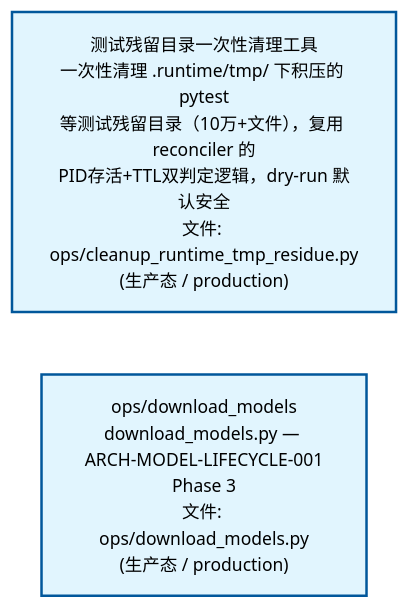
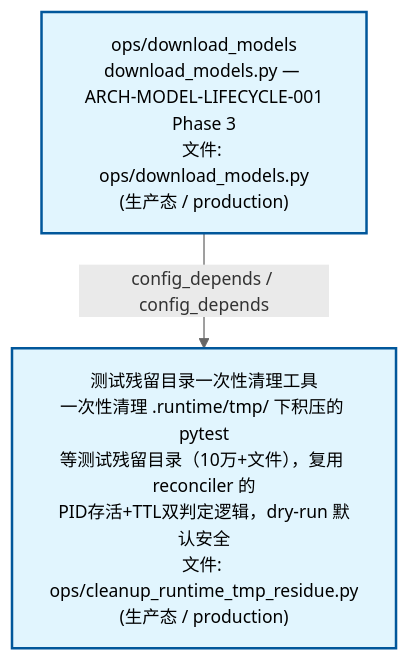
One commit to xuanFelixVan/ZephyrAlpha changed the second of 3 diagrams in docs/02_enterprise_architecture/02_domain_architecture_docs/04_d_infra_ops.md. Above: the diagram before and after it, drawn with Mermaid. The commit also changed other lines of this file and 55 other files, not shown here.

````diff
--- a/docs/02_enterprise_architecture/02_domain_architecture_docs/04_d_infra_ops.md
+++ b/docs/02_enterprise_architecture/02_domain_architecture_docs/04_d_infra_ops.md
@@ -75,12 +73,12 @@
 ```mermaid
 %%{init: {'theme': 'base', 'themeVariables': {'primaryColor': '#eaeaea', 'primaryTextColor': '#333333', 'primaryBorderColor': '#666666', 'lineColor': '#666666', 'secondaryColor': '#eaeaea', 'tertiaryColor': '#eaeaea', 'fontSize': '14px'}}}%%
 flowchart TD
+    scripts_ops_download_models_py["ops/download_models<br/>download_models.py — ARCH-MODEL-LIFECYCLE-001<br/>Phase 3<br/>文件: ops/download_models.py<br/>(生产态 / production)"]
     scripts_ops_cleanup_runtime_tmp_residue_py["测试残留目录一次性清理工具<br/>一次性清理 .runtime/tmp/ 下积压的 pytest<br/>等测试残留目录（10万+文件），复用 reconciler 的<br/>PID存活+TTL双判定逻辑，dry-run 默认安全<br/>文件: ops/cleanup_runtime_tmp_residue.py<br/>(生产态 / production)"]
-    scripts_ops_download_models_py["ops/download_models<br/>download_models.py — ARCH-MODEL-LIFECYCLE-001<br/>Phase 3<br/>文件: ops/download_models.py<br/>(生产态 / production)"]
-    scripts_ops_cleanup_runtime_tmp_residue_py ~~~ scripts_ops_download_models_py
+    scripts_ops_download_models_py -->|config_depends / config_depends| scripts_ops_cleanup_runtime_tmp_residue_py
     classDef production fill:#e1f5fe,stroke:#01579b,stroke-width:2px,color:#000
     classDef design fill:#fff3e0,stroke:#e65100,stroke-width:2px,color:#000,stroke-dasharray: 5 5
     classDef external_prod fill:#e8f4fd,stroke:#0277bd,stroke-width:1px,color:#000
     classDef external_design fill:#fff8e7,stroke:#ef6c00,stroke-width:1px,color:#000,stroke-dasharray: 5 5
     class scripts_ops_cleanup_runtime_tmp_residue_py,scripts_ops_download_models_py production
 ```
````
